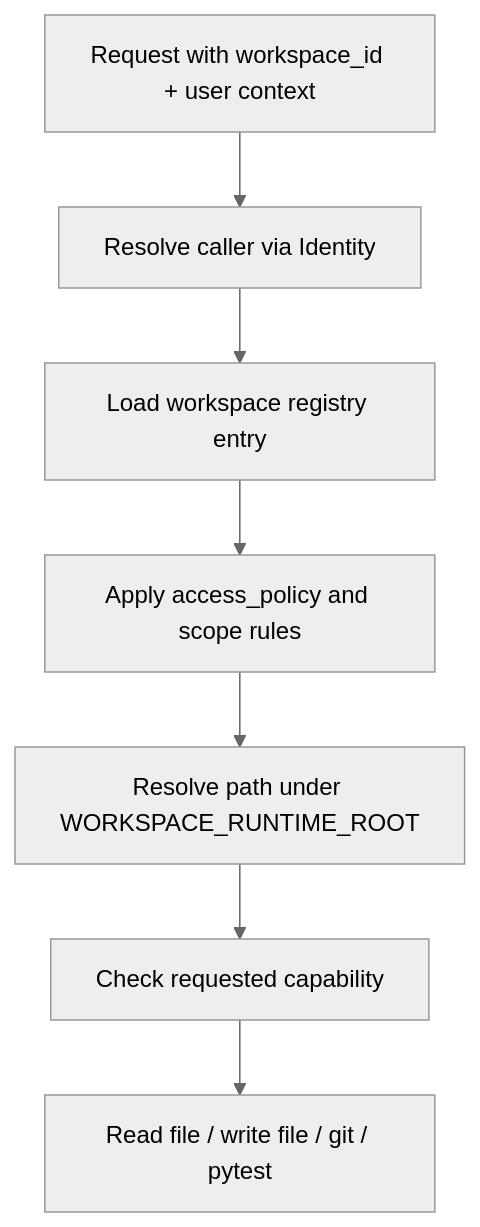
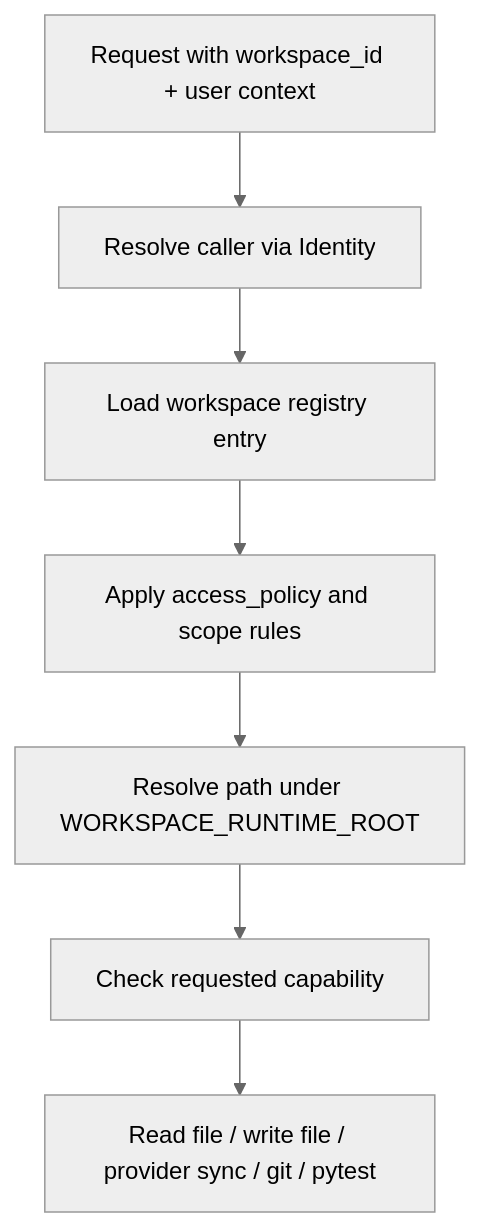
Before and after one commit to JMiahMan1/SharedLLM: the second of 2 diagrams in services/workspace_runtime/README.md, drawn with Mermaid (neutral theme). The commit also changed other lines of this file and 5 other files, not shown here.

Commit message:
Add workspace write sync commit workflow

````diff
--- a/services/workspace_runtime/README.md
+++ b/services/workspace_runtime/README.md
@@ -55,9 +59,9 @@
 ```mermaid
 flowchart TD
     Start[Request with workspace_id + user context] --> ResolveIdentity[Resolve caller via Identity]
     ResolveIdentity --> LoadRegistry[Load workspace registry entry]
     LoadRegistry --> Policy[Apply access_policy and scope rules]
     Policy --> PathCheck[Resolve path under WORKSPACE_RUNTIME_ROOT]
     PathCheck --> Capability[Check requested capability]
-    Capability --> Execute[Read file / write file / git / pytest]
+    Capability --> Execute[Read file / write file / provider sync / git / pytest]
 ```
````
